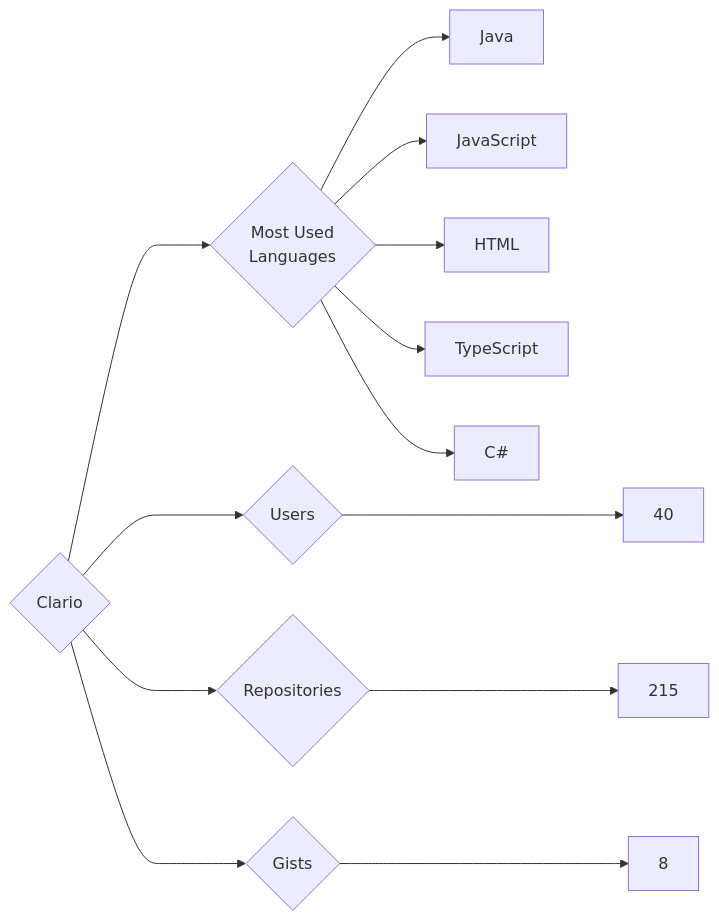
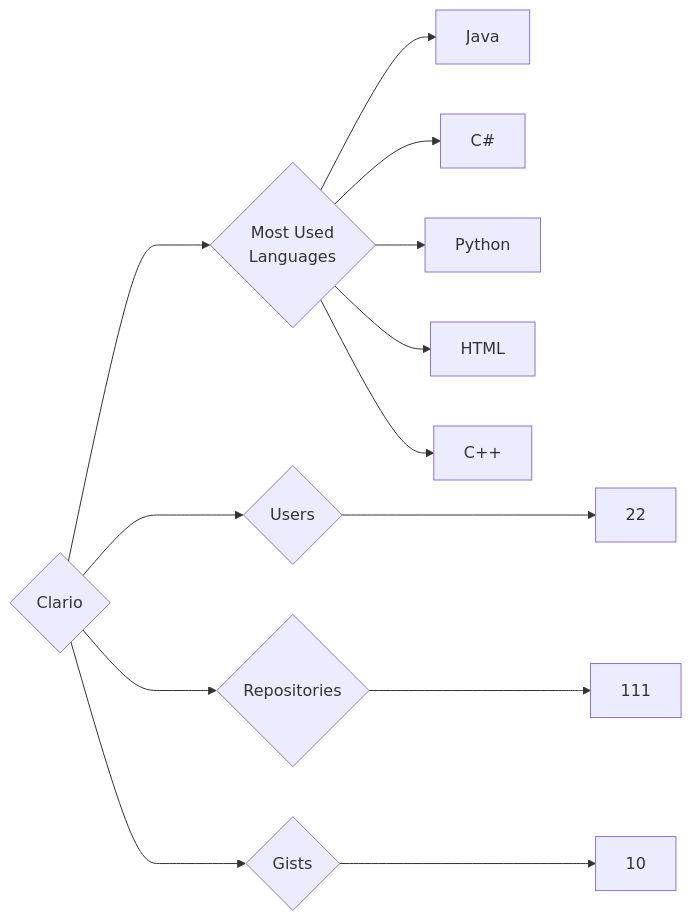
One commit to trickest/insiders changed the diagram in targets/Clario/README.md. Above: the diagram before and after it, drawn with Mermaid. The commit also changed 932 other files, not shown here.

````diff
--- a/targets/Clario/README.md
+++ b/targets/Clario/README.md
@@ -3,13 +3,13 @@
 ```mermaid
 graph LR
 COMPANY_NAME{Clario}
-COMPANY_NAME ---> U{Users} ---> UN[40]
-COMPANY_NAME ---> R{Repositories} ---> RN[215]
-COMPANY_NAME ---> G{Gists} ---> GN[8]
+COMPANY_NAME ---> U{Users} ---> UN[22]
+COMPANY_NAME ---> R{Repositories} ---> RN[111]
+COMPANY_NAME ---> G{Gists} ---> GN[10]
 COMPANY_NAME ---> ML{Most Used<br>Languages}
 ML --> Java[Java]
-ML --> JavaScript[JavaScript]
+ML --> C#[C#]
+ML --> Python[Python]
 ML --> HTML[HTML]
-ML --> TypeScript[TypeScript]
-ML --> C#[C#]
+ML --> C++[C++]
 ```
````
